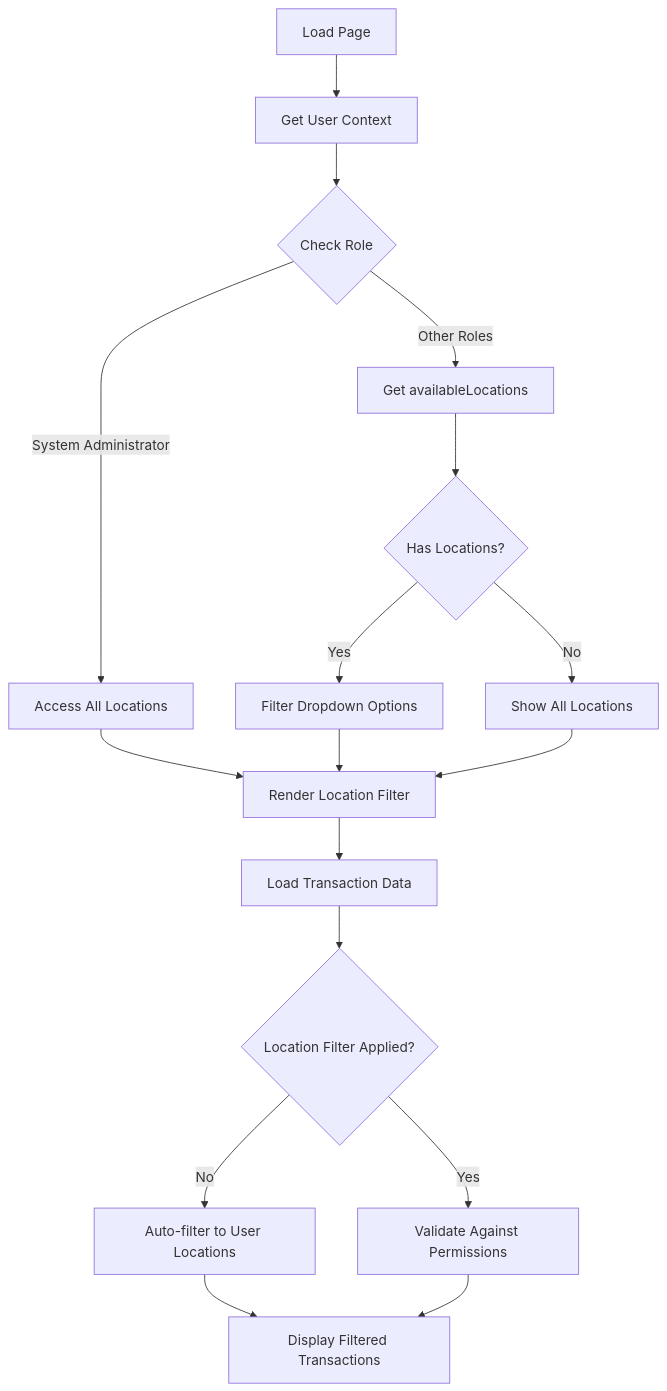
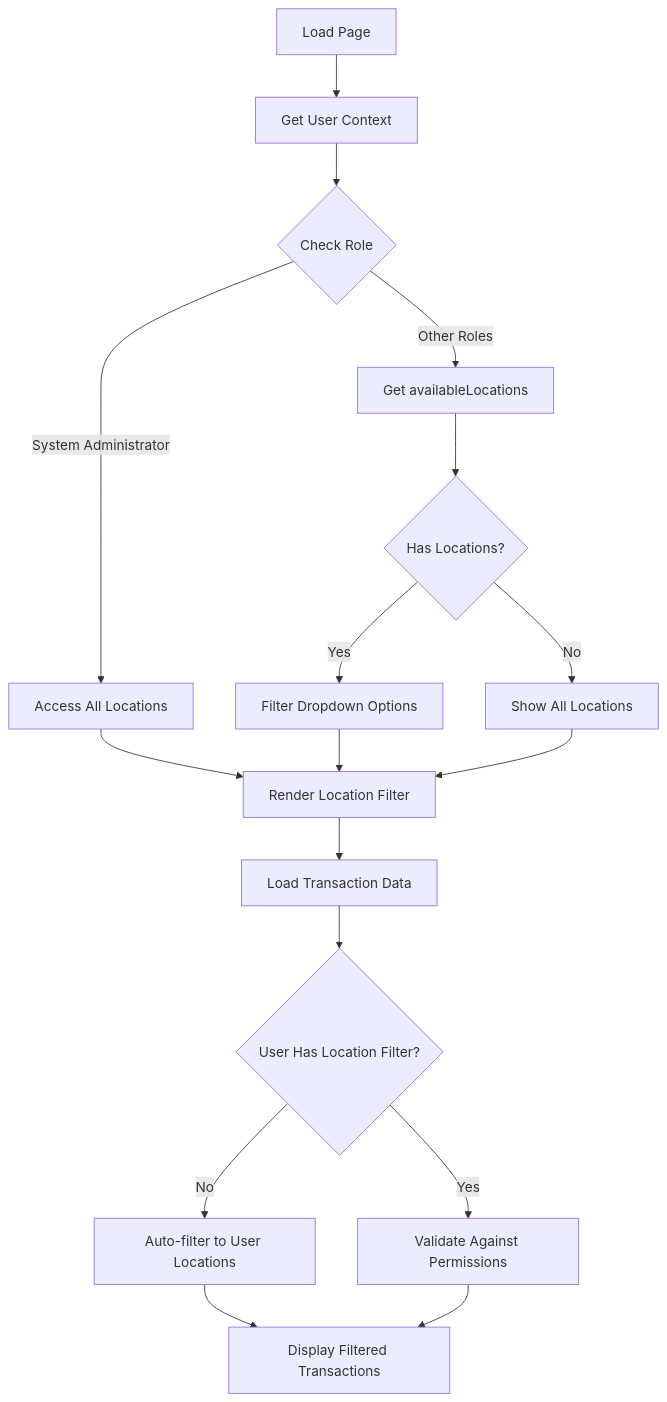
Before and after one commit to PeakMNA/carmen: the eighth of 12 diagrams in docs/app/inventory-management/transactions/FD-inventory-transactions.md, drawn with Mermaid. The commit also changed other lines of this file and 473 other files, not shown here.

````diff
--- a/docs/app/inventory-management/transactions/FD-inventory-transactions.md
+++ b/docs/app/inventory-management/transactions/FD-inventory-transactions.md
@@ -179,19 +195,19 @@
 ```mermaid
 flowchart TD
     A[Load Page] --> B[Get User Context]
     B --> C{Check Role}
     C -->|System Administrator| D[Access All Locations]
     C -->|Other Roles| E[Get availableLocations]
     E --> F{Has Locations?}
     F -->|Yes| G[Filter Dropdown Options]
     F -->|No| H[Show All Locations]
     D --> I[Render Location Filter]
     G --> I
     H --> I
     I --> J[Load Transaction Data]
-    J --> K{Location Filter Applied?}
+    J --> K{User Has Location Filter?}
     K -->|No| L[Auto-filter to User Locations]
     K -->|Yes| M[Validate Against Permissions]
     L --> N[Display Filtered Transactions]
     M --> N
 ```
````
